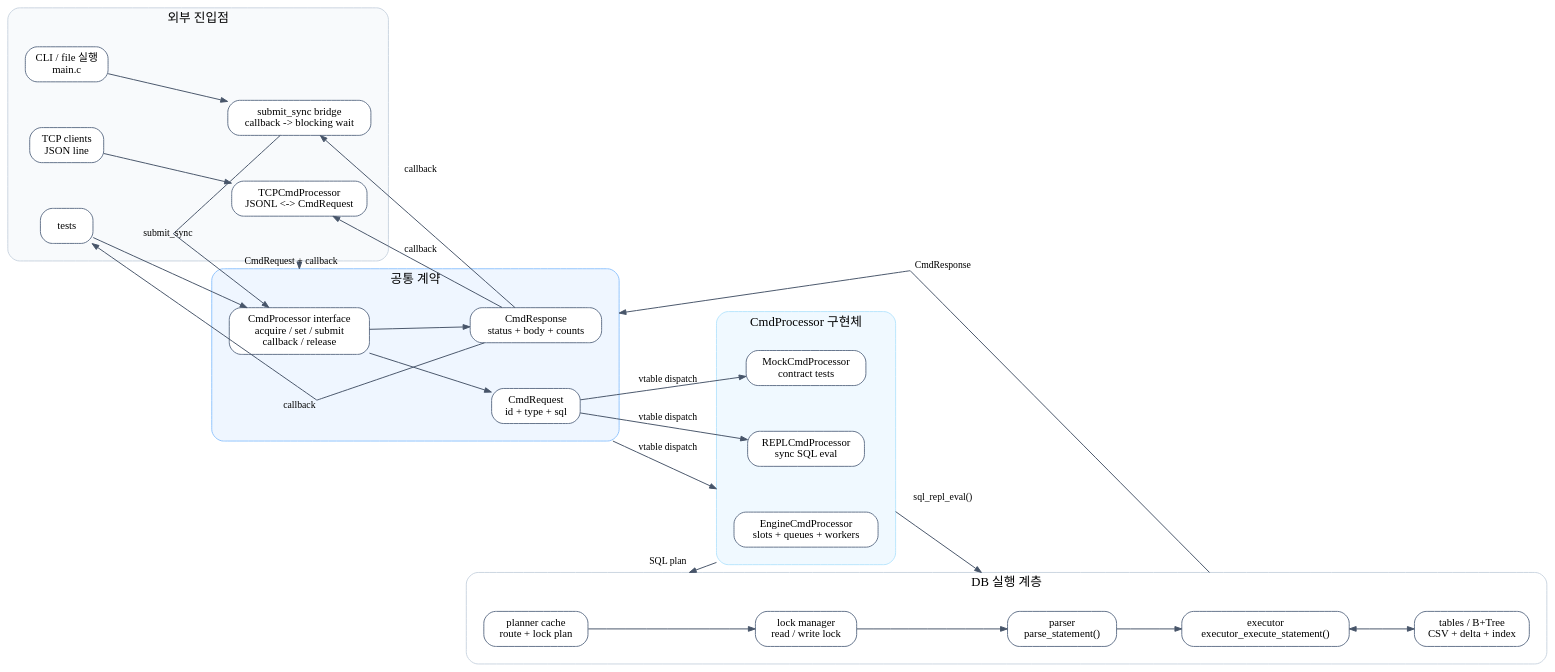
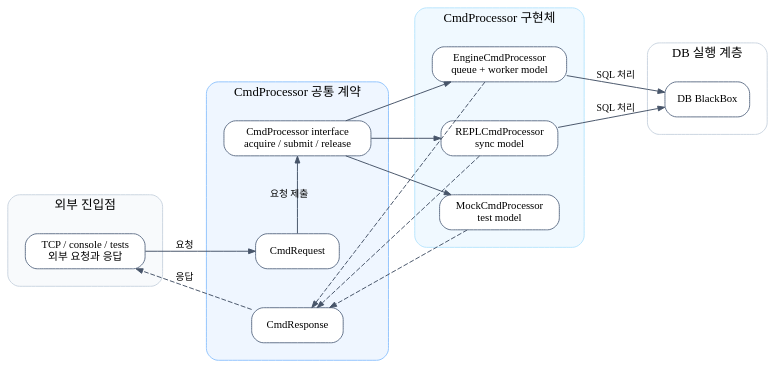
One commit to Wish-Upon-A-Star/SQL-B-Tree changed the diagram in docs/sijun-yang/diagrams/004_cmd_processor_overall_architecture.dot. Above: the diagram before and after it, drawn with Graphviz. The commit also changed 5 other files, not shown here.

Commit message:
docs: refine cmd processor diagrams

```diff
--- a/docs/sijun-yang/diagrams/004_cmd_processor_overall_architecture.dot
+++ b/docs/sijun-yang/diagrams/004_cmd_processor_overall_architecture.dot
@@ -1,112 +1,100 @@
 digraph CmdProcessorOverallArchitecture {
     graph [
         rankdir=LR,
         compound=true,
-        nodesep=0.65,
-        ranksep=0.9,
+        nodesep=0.55,
+        ranksep=0.85,
         splines=line,
+        newrank=true,
         pad=0.2,
         bgcolor="transparent"
     ];
 
     node [
         shape=box,
         style="rounded,filled",
         fillcolor="white",
         color="#64748b",
         fontname="Pretendard",
         fontsize=11,
         margin="0.14,0.09"
     ];
 
     edge [
         color="#475569",
         fontname="Pretendard",
         fontsize=10,
         arrowsize=0.7
     ];
 
     subgraph cluster_frontends {
         label="외부 진입점";
         style="rounded,filled";
         color="#cbd5e1";
         fillcolor="#f8fafc";
         fontname="Pretendard";
         fontsize=13;
         margin=18;
 
-        tcp [label="TCP clients\nJSON line"];
-        tcp_adapter [label="TCPCmdProcessor\nJSONL <-> CmdRequest"];
-        cli [label="CLI / file 실행\nmain.c"];
-        sync_bridge [label="submit_sync bridge\ncallback -> blocking wait"];
-        tests [label="tests"];
+        frontends [label="TCP / console / tests\n외부 요청과 응답"];
     }
 
     subgraph cluster_contract {
-        label="공통 계약";
+        label="CmdProcessor 공통 계약";
         style="rounded,filled";
         color="#93c5fd";
         fillcolor="#eff6ff";
         fontname="Pretendard";
         fontsize=13;
         margin=18;
 
-        api [label="CmdProcessor interface\nacquire / set / submit\ncallback / release", fillcolor="#ffffff"];
-        request [label="CmdRequest\nid + type + sql"];
-        response [label="CmdResponse\nstatus + body + counts"];
+        request [label="CmdRequest"];
+        api [label="CmdProcessor interface\nacquire / submit / release"];
+        response [label="CmdResponse"];
     }
 
     subgraph cluster_impls {
         label="CmdProcessor 구현체";
         style="rounded,filled";
         color="#bae6fd";
         fillcolor="#f0f9ff";
         fontname="Pretendard";
         fontsize=13;
         margin=18;
 
-        engine [label="EngineCmdProcessor\nslots + queues + workers"];
-        repl [label="REPLCmdProcessor\nsync SQL eval"];
-        mock [label="MockCmdProcessor\ncontract tests"];
+        engine [label="EngineCmdProcessor\nqueue + worker model"];
+        repl [label="REPLCmdProcessor\nsync model"];
+        mock [label="MockCmdProcessor\ntest model"];
     }
 
     subgraph cluster_db {
         label="DB 실행 계층";
         style="rounded,filled";
         color="#cbd5e1";
         fillcolor="#ffffff";
         fontname="Pretendard";
         fontsize=13;
         margin=18;
 
-        planner [label="planner cache\nroute + lock plan"];
-        locks [label="lock manager\nread / write lock"];
-        parser [label="parser\nparse_statement()"];
-        executor [label="executor\nexecutor_execute_statement()"];
-        storage [label="tables / B+Tree\nCSV + delta + index"];
+        db_black_box [label="DB BlackBox"];
     }
 
-    tcp -> tcp_adapter;
-    tcp_adapter -> api [label="CmdRequest + callback", ltail=cluster_frontends, lhead=cluster_contract];
-    cli -> sync_bridge;
-    sync_bridge -> api [label="submit_sync"];
-    tests -> api;
+    { rank=same; request; api; response; }
+    { rank=same; engine; repl; mock; }
 
-    api -> request;
-    api -> response;
-    request -> engine [label="vtable dispatch", ltail=cluster_contract, lhead=cluster_impls];
-    request -> repl [label="vtable dispatch"];
-    request -> mock [label="vtable dispatch"];
+    frontends -> request [label="요청", weight=10];
 
-    engine -> planner [label="SQL plan", ltail=cluster_impls, lhead=cluster_db];
-    planner -> locks;
-    locks -> parser;
-    repl -> parser [label="sql_repl_eval()", ltail=cluster_impls, lhead=cluster_db];
-    parser -> executor;
-    executor -> storage [dir=both];
+    request -> api [label="요청 제출", weight=10];
+    api -> engine [weight=10];
+    api -> repl [weight=10];
+    api -> mock [weight=10];
 
-    executor -> response [label="CmdResponse", ltail=cluster_db, lhead=cluster_contract];
-    response -> tcp_adapter [label="callback"];
-    response -> sync_bridge [label="callback"];
-    response -> tests [label="callback"];
+    engine -> db_black_box [label="SQL 처리", weight=10];
+    repl -> db_black_box [label="SQL 처리", weight=10];
+
+    engine -> response [style=dashed, constraint=false];
+    repl -> response [style=dashed, constraint=false];
+    mock -> response [style=dashed, constraint=false];
+
+    response -> frontends [style=dashed, label="응답", constraint=false];
 }
```
